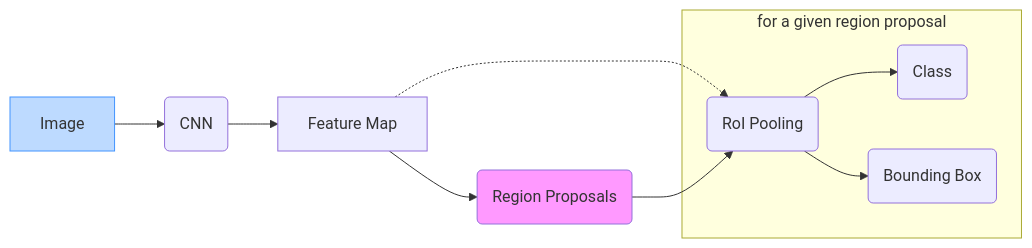
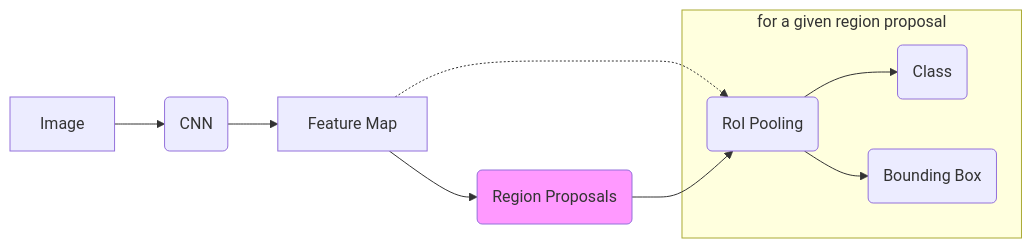
The diagram in thesis/chapters/podejscie/mask_r-cnn/faster_r-cnn.mmd (rzadp/badminton-monorepo), drawn with Mermaid before and after one commit. The commit also changed 3 other files, not shown here.

```diff
--- a/thesis/chapters/podejscie/mask_r-cnn/faster_r-cnn.mmd
+++ b/thesis/chapters/podejscie/mask_r-cnn/faster_r-cnn.mmd
@@ -1,30 +1,30 @@
 graph LR
 
 %% ...::: NODES :::...
 
 input[Image]
 cnn(CNN)
 feature_map[Feature Map]
 rpn(Region Proposals)
 roi(RoI Pooling)
 
 clas(Class)
 bounding_box(Bounding Box)
 
 %% ...::: STYLING :::...
 
-style input fill:#bddaff,stroke:#4294ff
+%% style input fill:#bddaff,stroke:#4294ff
 style rpn fill:#f9f
 
 %% ...::: FLOWS :::...
 
 input-->cnn
 cnn-->feature_map
 feature_map-->rpn
 
 feature_map-.->roi
 rpn-->roi
 subgraph for a given region proposal
   roi-->clas
   roi-->bounding_box
 end
```
